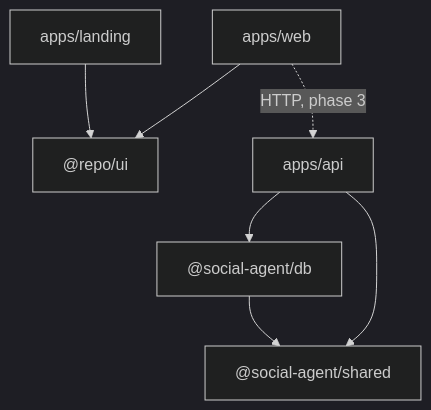
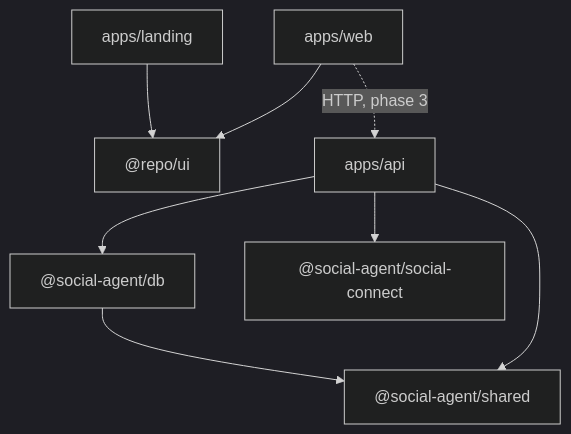
One commit to GODZ-k/Social-agent changed the second of 7 diagrams in docs/ARCHITECTURE.md. Above: the diagram before and after it, drawn with Mermaid (dark theme). The commit also changed other lines of this file and 40 other files, not shown here.

````diff
--- a/docs/ARCHITECTURE.md
+++ b/docs/ARCHITECTURE.md
@@ -71,9 +72,10 @@
 ```mermaid
 flowchart TD
     web["apps/web"] --> ui["@repo/ui"]
     landing["apps/landing"] --> ui
     web -.->|"HTTP, phase 3"| api["apps/api"]
     api --> db["@social-agent/db"]
     api --> shared["@social-agent/shared"]
+    api --> connect["@social-agent/social-connect"]
     db --> shared
 ```
````
